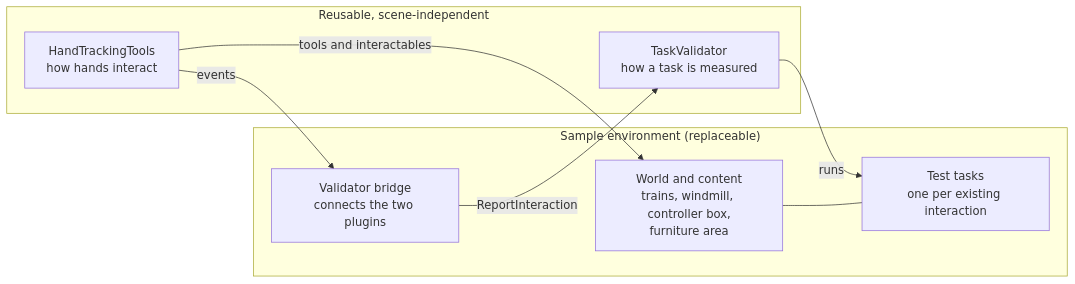
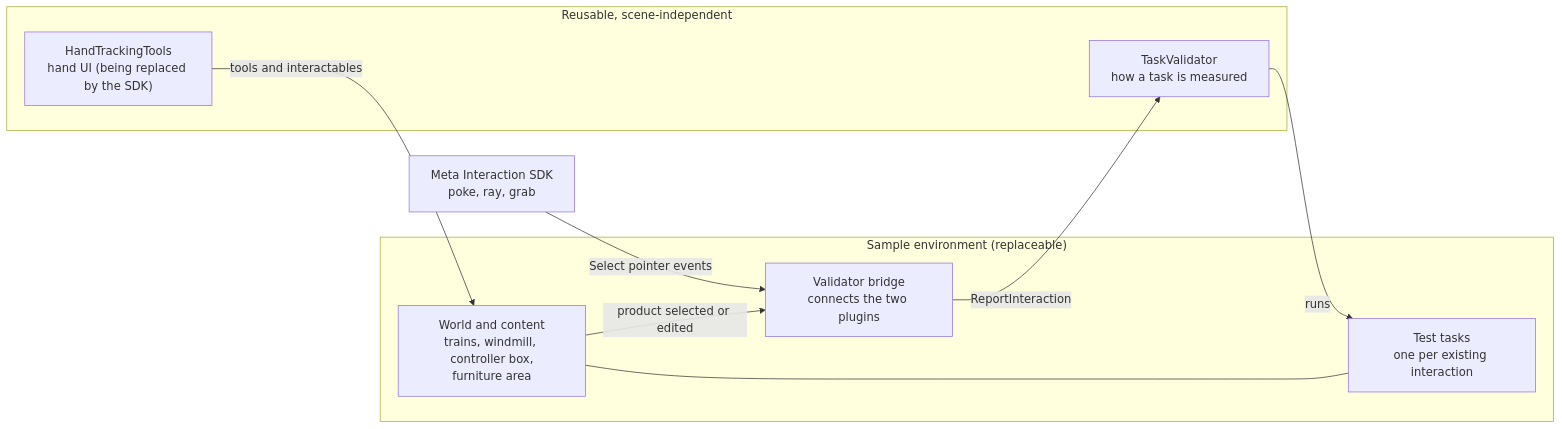
Before and after one commit to Bvqlz/UI-Library: the first of 2 diagrams in docs/PLUGIN_ARCHITECTURE.md, drawn with Mermaid. The commit also changed other lines of this file and 27 other files, not shown here.

First line of the commit message:
Move validator and bridge to the Meta Interaction SDK; remove demo code (#17)

````diff
--- a/docs/PLUGIN_ARCHITECTURE.md
+++ b/docs/PLUGIN_ARCHITECTURE.md
@@ -37,17 +37,19 @@
 ```mermaid
 flowchart LR
+    ISDK["Meta Interaction SDK<br/>poke, ray, grab"]
     subgraph Plugins["Reusable, scene-independent"]
-        HT["HandTrackingTools<br/>how hands interact"]
+        HT["HandTrackingTools<br/>hand UI (being replaced by the SDK)"]
         TV["TaskValidator<br/>how a task is measured"]
     end
     subgraph Sample["Sample environment (replaceable)"]
         W["World and content<br/>trains, windmill, controller box,<br/>furniture area"]
         T["Test tasks<br/>one per existing interaction"]
         B["Validator bridge<br/>connects the two plugins"]
     end
-    HT -->|events| B
+    ISDK -->|Select pointer events| B
+    W -->|product selected or edited| B
     B -->|ReportInteraction| TV
     TV -->|runs| T
     W --- T
     HT -->|tools and interactables| W
 ```
````
